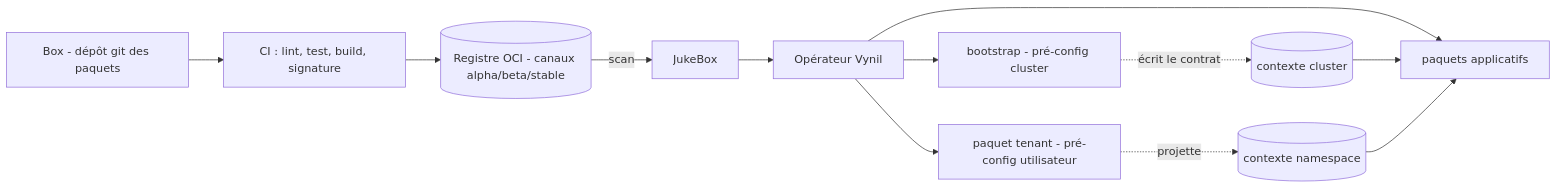
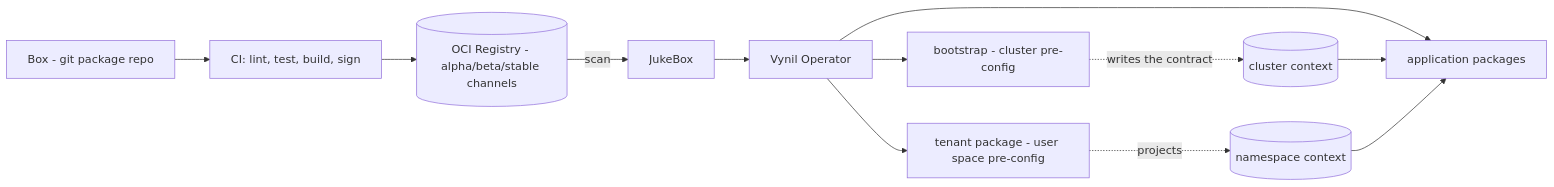
One commit to sebt3/vynil changed the first of 3 diagrams in docs/distribution.md. Above: the diagram before and after it, drawn with Mermaid. The commit also changed other lines of this file and 47 other files, not shown here.

````diff
--- a/docs/distribution.md
+++ b/docs/distribution.md
@@ -52,14 +52,14 @@
 ```mermaid
 flowchart LR
-    BOX[Box - dépôt git des paquets] --> CI[CI : lint, test, build, signature]
-    CI --> REG[(Registre OCI - canaux alpha/beta/stable)]
+    BOX[Box - git package repo] --> CI[CI: lint, test, build, sign]
+    CI --> REG[(OCI Registry - alpha/beta/stable channels)]
     REG -->|scan| JB[JukeBox]
-    JB --> OP[Opérateur Vynil]
-    OP --> BS[bootstrap - pré-config cluster]
-    OP --> TN[paquet tenant - pré-config utilisateur]
-    OP --> APP[paquets applicatifs]
-    BS -.->|écrit le contrat| CTX[(contexte cluster)]
-    TN -.->|projette| CTXNS[(contexte namespace)]
+    JB --> OP[Vynil Operator]
+    OP --> BS[bootstrap - cluster pre-config]
+    OP --> TN[tenant package - user space pre-config]
+    OP --> APP[application packages]
+    BS -.->|writes the contract| CTX[(cluster context)]
+    TN -.->|projects| CTXNS[(namespace context)]
     CTX --> APP
     CTXNS --> APP
 ```
````
